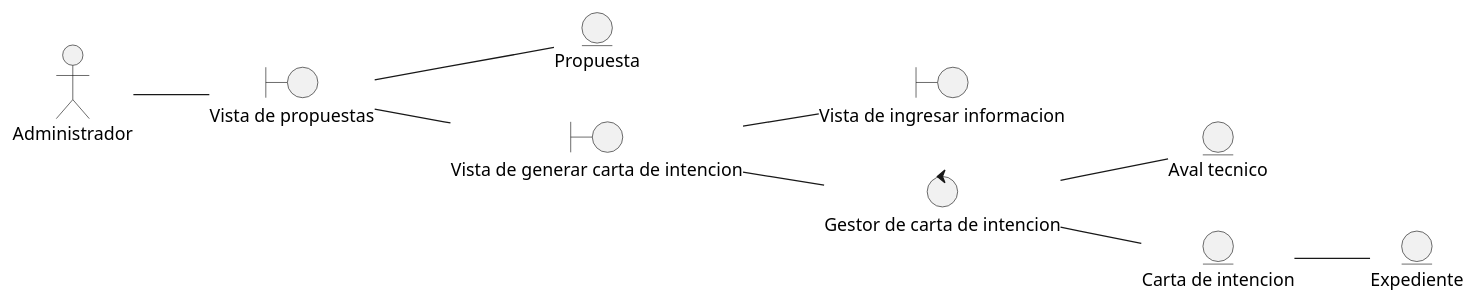
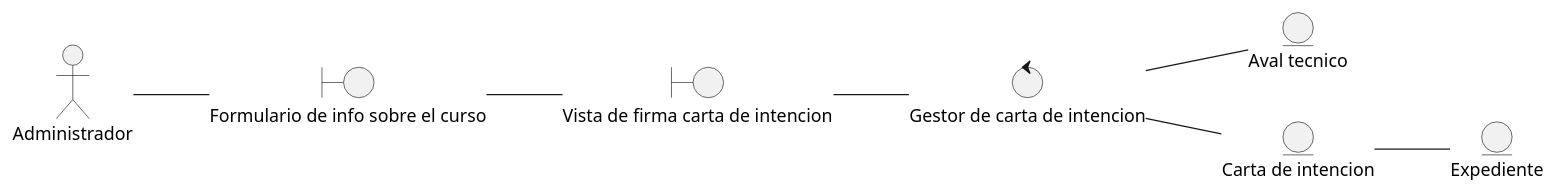
The diagram in docs/scenariosView/DisciplinaDeAnalisisDiagramaDeClaseFirmarCartaIntencion.plantuml (Samantha-Ramirez/ProyectoEquipo7ING), drawn with PlantUML before and after one commit. The commit also changed 8 other files, not shown here.

```diff
--- a/docs/scenariosView/DisciplinaDeAnalisisDiagramaDeClaseFirmarCartaIntencion.plantuml
+++ b/docs/scenariosView/DisciplinaDeAnalisisDiagramaDeClaseFirmarCartaIntencion.plantuml
@@ -1,27 +1,24 @@
 @startuml DisciplinaDeAnalisisDiagramaDeClaseFirmarCartaIntencion
 left to right direction
 
 actor "Administrador" as actorAdmin
 
-entity "Propuesta" as entidadPropuesta
 entity "Aval tecnico" as entidadAval
 entity "Expediente" as entidadExpediente
 entity "Carta de intencion" as entidadCartaIntencion
 
-boundary "Vista de propuestas" as vistaPropuestas
-boundary "Vista de generar carta de intencion" as vistaGenerarCartaIntencion
-boundary "Vista de ingresar informacion" as vistaIngresarInformacion
+boundary "Vista de firma carta de intencion" as vistaFirmaCartaIntencion
+boundary "Formulario de info sobre el curso" as vistaFormularioInfo
 
 control "Gestor de carta de intencion" as ctrlGestorCartaIntencion
 
-actorAdmin -- vistaPropuestas
-vistaPropuestas -- entidadPropuesta
-vistaPropuestas -- vistaGenerarCartaIntencion
-vistaGenerarCartaIntencion -- ctrlGestorCartaIntencion
+actorAdmin -- vistaFormularioInfo
+vistaFormularioInfo -- vistaFirmaCartaIntencion
 
-vistaGenerarCartaIntencion -- vistaIngresarInformacion
+vistaFirmaCartaIntencion -- ctrlGestorCartaIntencion
 ctrlGestorCartaIntencion -- entidadCartaIntencion 
 entidadCartaIntencion -- entidadExpediente
+
 ctrlGestorCartaIntencion -- entidadAval
 
 @enduml
```
